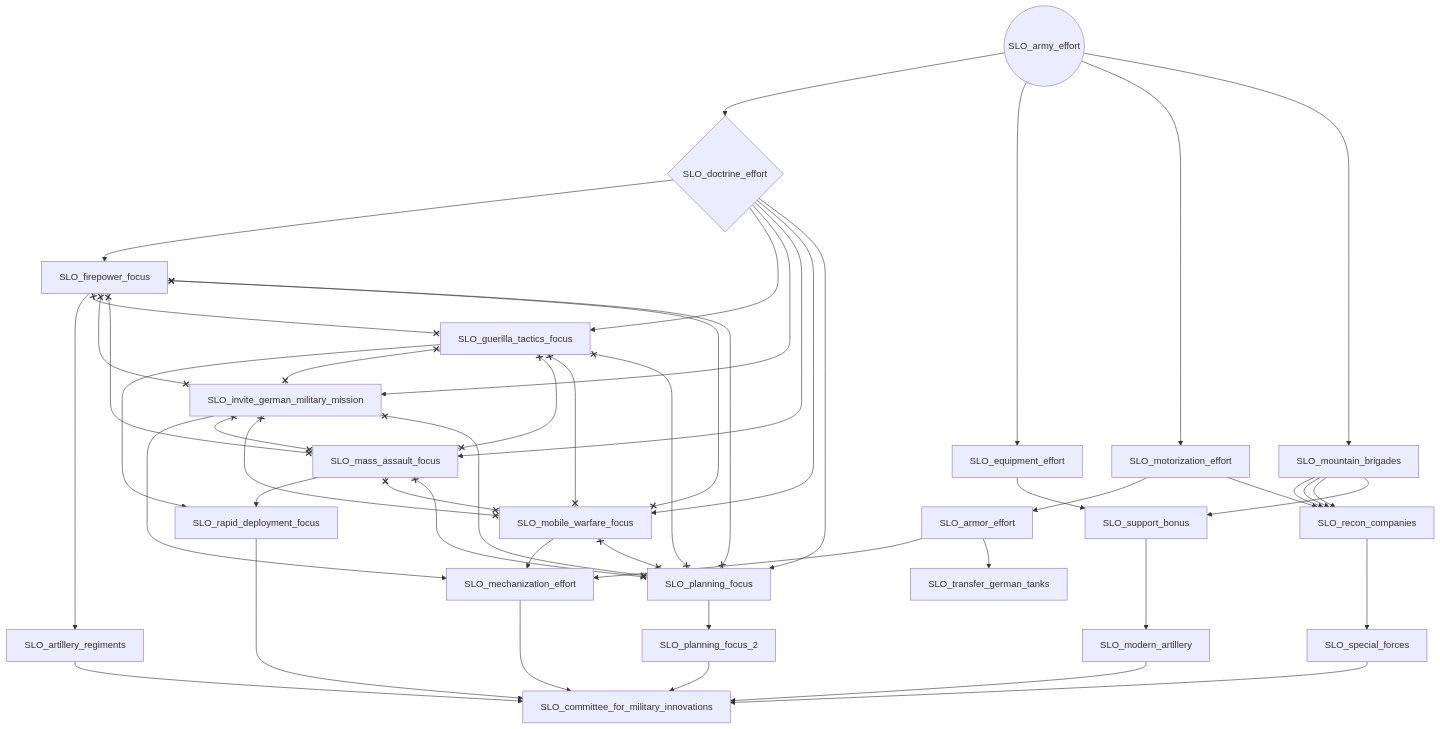
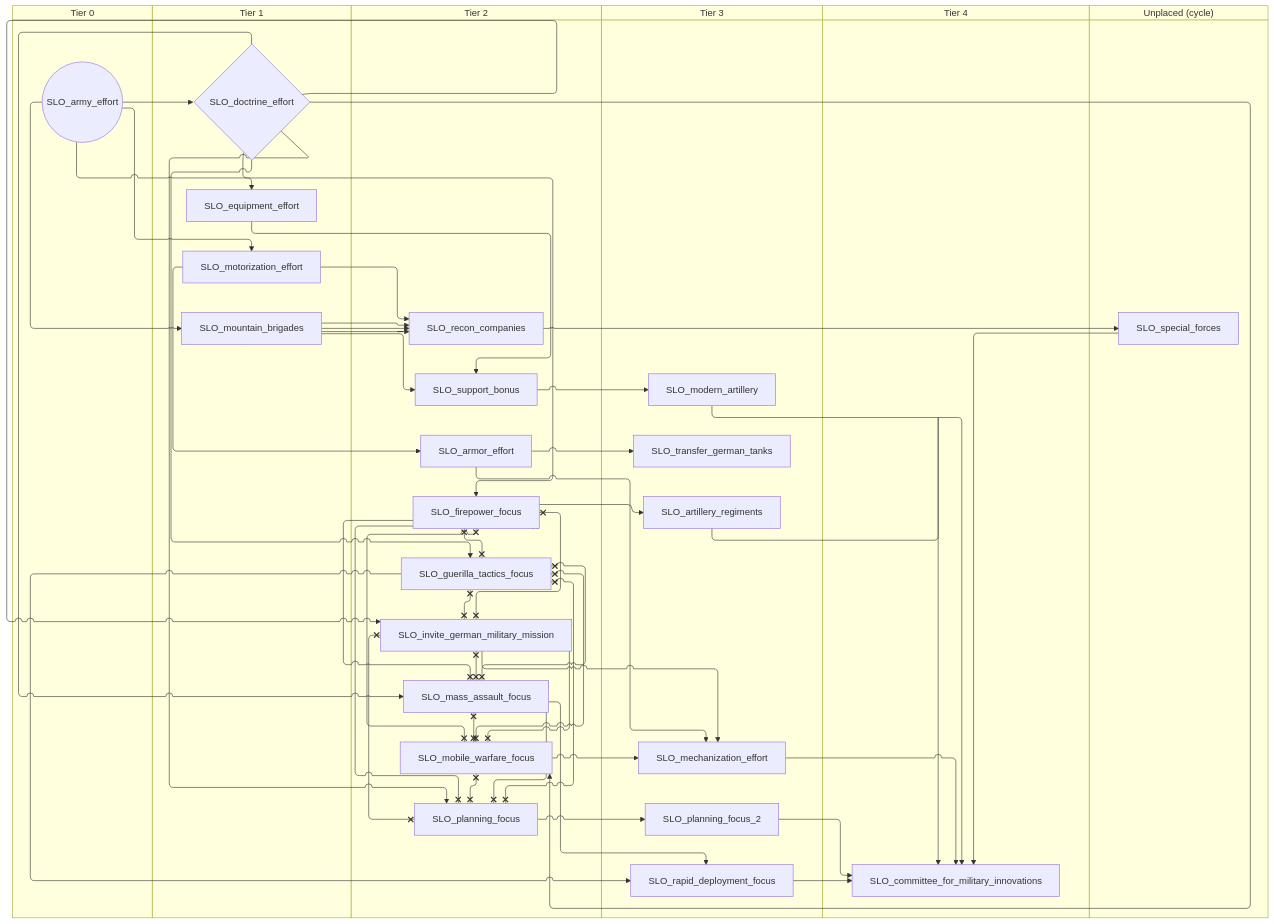
The first of 5 diagrams in docs/gdd/National Focuses/r56/slovakia.md (evgeny-sobol/hoi4-sandbox-mode-r56), drawn with Mermaid before and after one commit. The commit also changed other lines of this file and 423 other files, not shown here.

First line of the commit message:
Re-export Rt56 focus trees as swimlane diagrams

````diff
--- a/docs/gdd/National Focuses/r56/slovakia.md
+++ b/docs/gdd/National Focuses/r56/slovakia.md
@@ -3,73 +3,85 @@
 ```mermaid
-flowchart TD
-    n1["SLO_armor_effort"]
-    n2(("SLO_army_effort"))
-    n3["SLO_artillery_regiments"]
-    n4["SLO_committee_for_military_innovations"]
-    n5{"SLO_doctrine_effort"}
-    n6["SLO_equipment_effort"]
-    n7["SLO_firepower_focus"]
-    n8["SLO_guerilla_tactics_focus"]
-    n9["SLO_invite_german_military_mission"]
-    n10["SLO_mass_assault_focus"]
-    n11["SLO_mechanization_effort"]
-    n12["SLO_mobile_warfare_focus"]
-    n13["SLO_modern_artillery"]
-    n14["SLO_motorization_effort"]
-    n15["SLO_mountain_brigades"]
-    n16["SLO_planning_focus"]
-    n17["SLO_planning_focus_2"]
-    n18["SLO_rapid_deployment_focus"]
-    n19["SLO_recon_companies"]
-    n20["SLO_special_forces"]
-    n21["SLO_support_bonus"]
-    n22["SLO_transfer_german_tanks"]
-    n14 --> n1
-    n7 --> n3
-    n20 --> n4
-    n13 --> n4
-    n17 --> n4
-    n3 --> n4
-    n11 --> n4
-    n18 --> n4
-    n2 --> n5
-    n2 --> n6
-    n5 --> n7
-    n5 --> n8
-    n5 --> n9
-    n5 --> n10
-    n1 --> n11
-    n9 --> n11
-    n12 --> n11
-    n5 --> n12
-    n21 --> n13
-    n2 --> n14
-    n2 --> n15
-    n5 --> n16
-    n16 --> n17
-    n10 --> n18
-    n8 --> n18
-    n15 --> n19
-    n14 --> n19
-    n15 --> n19
-    n15 --> n19
-    n19 --> n20
-    n6 --> n21
+swimlane-beta TD
+    subgraph tier_0["Tier 0"]
+        n1(("SLO_army_effort"))
+    end
+    subgraph tier_1["Tier 1"]
+        n2{"SLO_doctrine_effort"}
+        n3["SLO_equipment_effort"]
+        n4["SLO_motorization_effort"]
+        n5["SLO_mountain_brigades"]
+    end
+    subgraph tier_2["Tier 2"]
+        n6["SLO_armor_effort"]
+        n7["SLO_firepower_focus"]
+        n8["SLO_guerilla_tactics_focus"]
+        n9["SLO_invite_german_military_mission"]
+        n10["SLO_mass_assault_focus"]
+        n11["SLO_mobile_warfare_focus"]
+        n12["SLO_planning_focus"]
+        n13["SLO_recon_companies"]
+        n14["SLO_support_bonus"]
+    end
+    subgraph tier_3["Tier 3"]
+        n15["SLO_artillery_regiments"]
+        n16["SLO_mechanization_effort"]
+        n17["SLO_modern_artillery"]
+        n18["SLO_planning_focus_2"]
+        n19["SLO_rapid_deployment_focus"]
+        n20["SLO_transfer_german_tanks"]
+    end
+    subgraph tier_4["Tier 4"]
+        n21["SLO_committee_for_military_innovations"]
+    end
+    subgraph tier_unplaced["Unplaced (cycle)"]
+        n22["SLO_special_forces"]
+    end
+    n4 --> n6
+    n7 --> n15
+    n22 --> n21
+    n17 --> n21
+    n18 --> n21
     n15 --> n21
-    n1 --> n22
+    n16 --> n21
+    n19 --> n21
+    n1 --> n2
+    n1 --> n3
+    n2 --> n7
+    n2 --> n8
+    n2 --> n9
+    n2 --> n10
+    n6 --> n16
+    n9 --> n16
+    n11 --> n16
+    n2 --> n11
+    n14 --> n17
+    n1 --> n4
+    n1 --> n5
+    n2 --> n12
+    n12 --> n18
+    n10 --> n19
+    n8 --> n19
+    n5 --> n13
+    n4 --> n13
+    n5 --> n13
+    n5 --> n13
+    n13 --> n22
+    n3 --> n14
+    n5 --> n14
+    n6 --> n20
     n7 x--x n8
     n7 x--x n9
     n7 x--x n10
+    n7 x--x n11
     n7 x--x n12
-    n7 x--x n16
     n8 x--x n9
     n8 x--x n10
+    n8 x--x n11
     n8 x--x n12
-    n8 x--x n16
     n9 x--x n10
+    n9 x--x n11
     n9 x--x n12
-    n9 x--x n16
+    n10 x--x n11
     n10 x--x n12
-    n10 x--x n16
-    n12 x--x n16
+    n11 x--x n12
 ```
````
